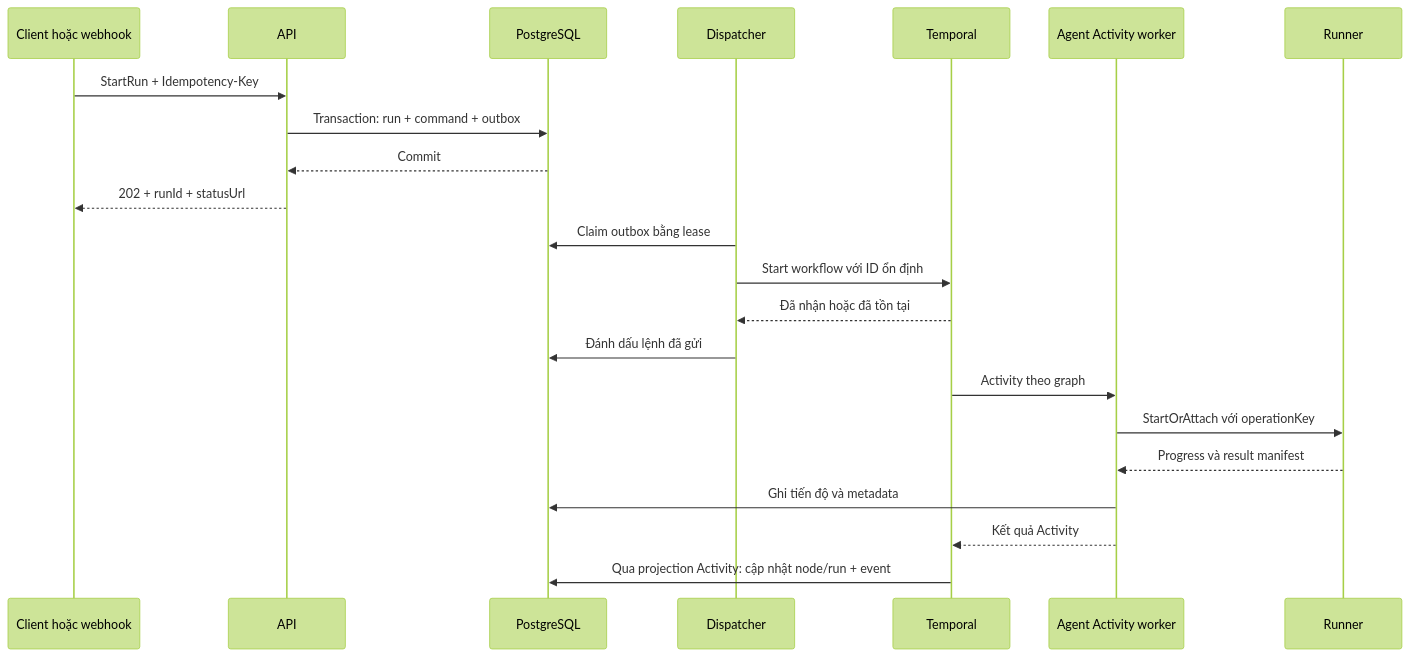
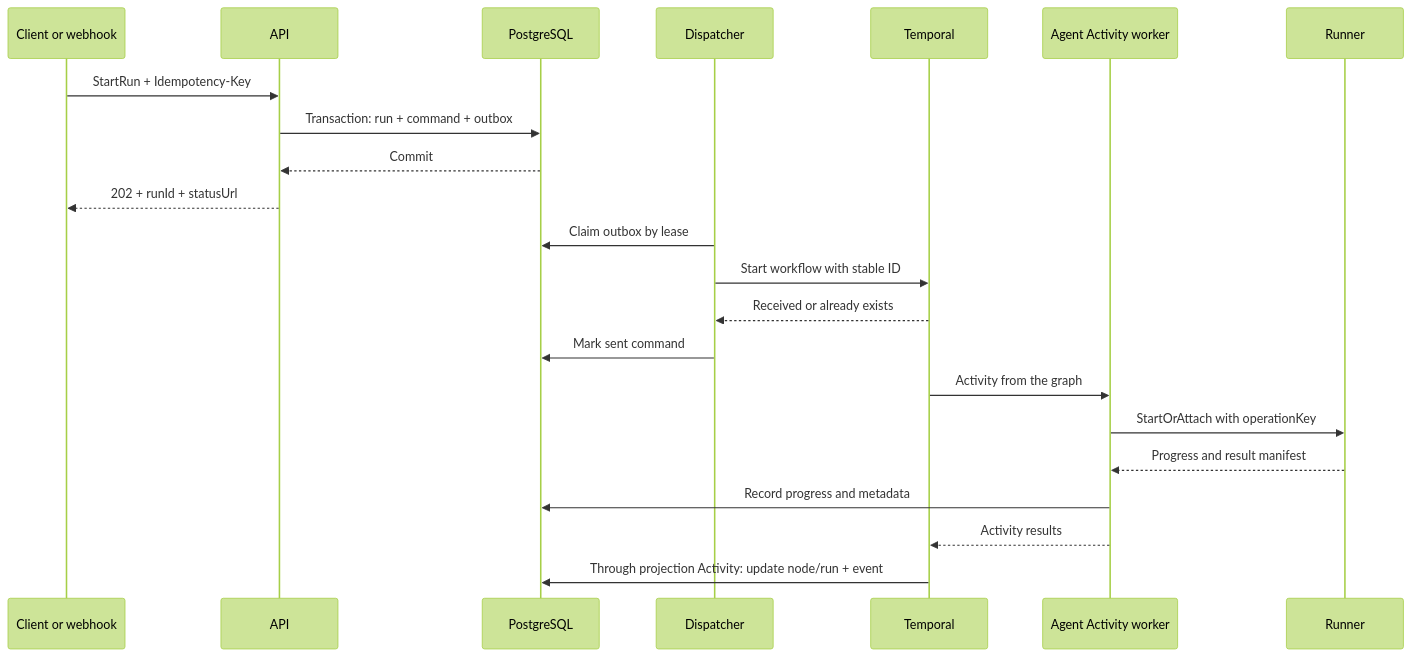
The diagram in docs/event-driven.md (ndthangit/AgentFlow), drawn with Mermaid (forest theme) before and after one commit. The commit also changed other lines of this file and 39 other files, not shown here.

````diff
--- a/docs/event-driven.md
+++ b/docs/event-driven.md
@@ -23,24 +23,24 @@
 ```mermaid
 sequenceDiagram
-    participant C as Client hoặc webhook
+    participant C as Client or webhook
     participant A as API
     participant P as PostgreSQL
     participant D as Dispatcher
     participant T as Temporal
     participant W as Agent Activity worker
     participant R as Runner
     C->>A: StartRun + Idempotency-Key
     A->>P: Transaction: run + command + outbox
     P-->>A: Commit
     A-->>C: 202 + runId + statusUrl
-    D->>P: Claim outbox bằng lease
-    D->>T: Start workflow với ID ổn định
-    T-->>D: Đã nhận hoặc đã tồn tại
-    D->>P: Đánh dấu lệnh đã gửi
-    T->>W: Activity theo graph
-    W->>R: StartOrAttach với operationKey
-    R-->>W: Progress và result manifest
-    W->>P: Ghi tiến độ và metadata
-    W-->>T: Kết quả Activity
-    T->>P: Qua projection Activity: cập nhật node/run + event
+    D->>P: Claim outbox by lease
+    D->>T: Start workflow with stable ID
+    T-->>D: Received or already exists
+    D->>P: Mark sent command
+    T->>W: Activity from the graph
+    W->>R: StartOrAttach with operationKey
+    R-->>W: Progress and result manifest
+    W->>P: Record progress and metadata
+    W-->>T: Activity results
+    T->>P: Through projection Activity: update node/run + event
 ```
````
